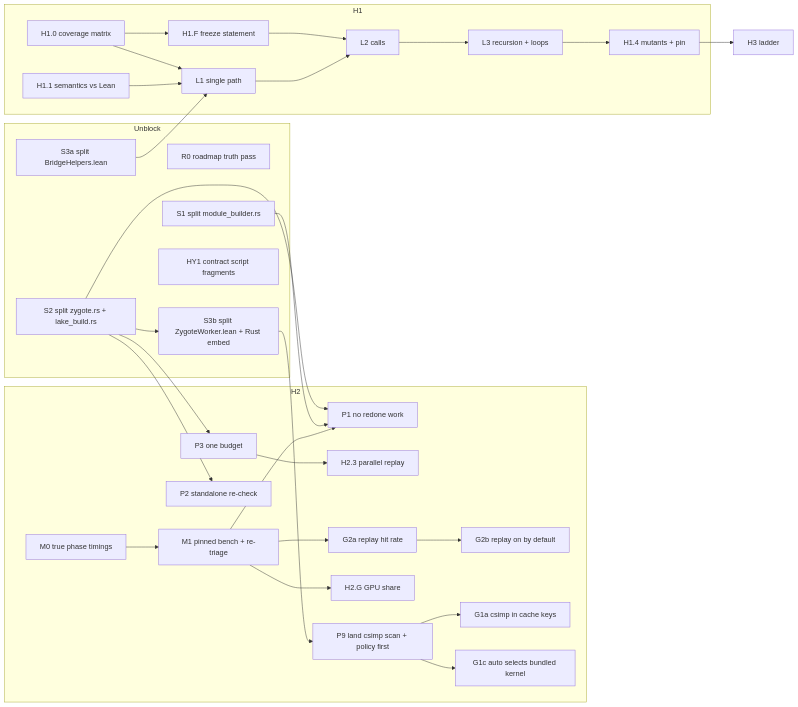
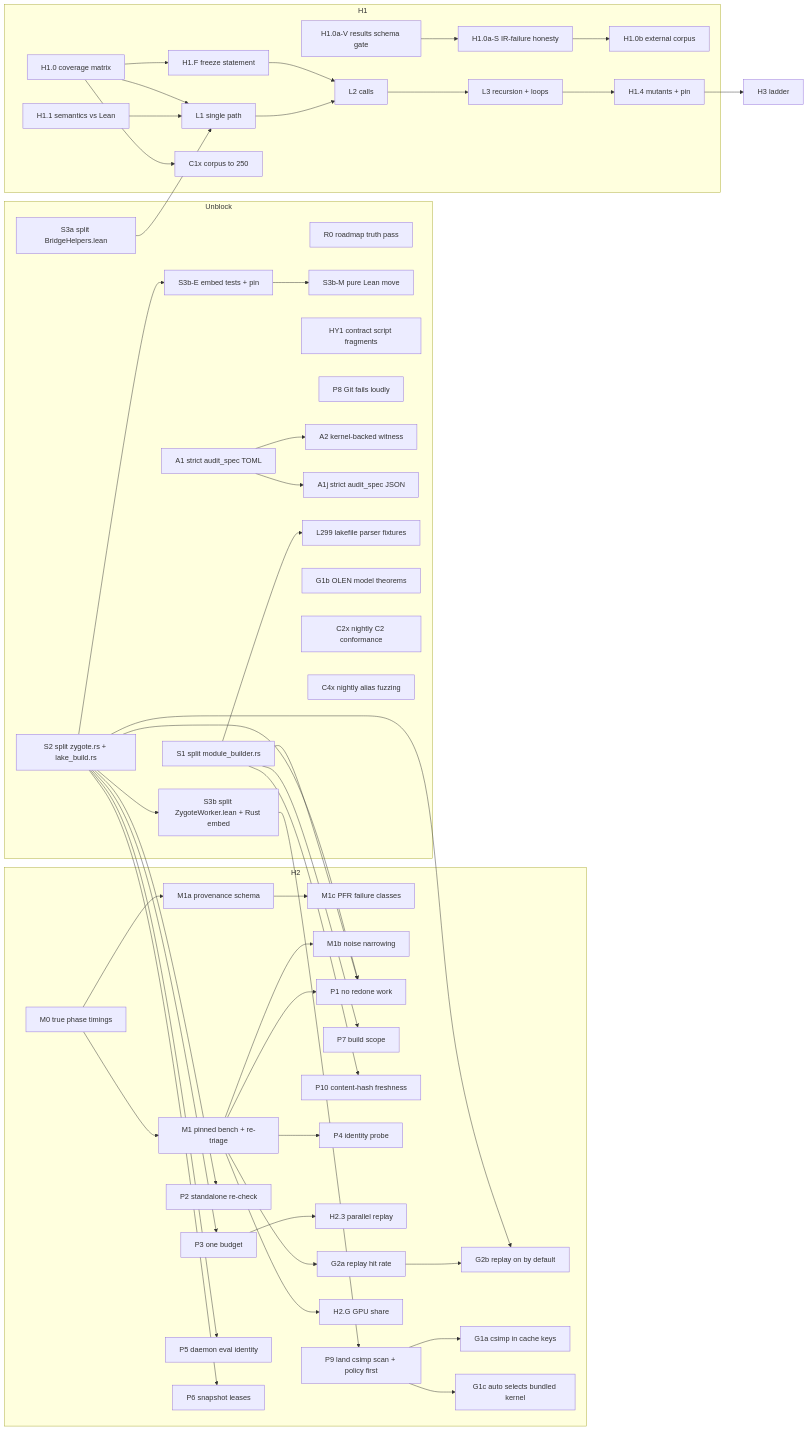
Before and after one commit to Th0rgal/turbo-lean: the diagram in roadmap/HORIZONS.md, drawn with Mermaid. The commit also changed other lines of this file, not shown here.

First line of the commit message:
docs(roadmap): R0d reconcile work graph with table (mark S3a/HY1 done, encode unresolved parent splits)

````diff
--- a/roadmap/HORIZONS.md
+++ b/roadmap/HORIZONS.md
@@ -99,37 +99,62 @@
 ```mermaid
 flowchart LR
   subgraph Unblock
     R0[R0 roadmap truth pass]
     S1[S1 split module_builder.rs]
     S2[S2 split zygote.rs + lake_build.rs]
     S3a[S3a split BridgeHelpers.lean]
     S3b[S3b split ZygoteWorker.lean + Rust embed]
+    S3bE[S3b-E embed tests + pin]
+    S3bM[S3b-M pure Lean move]
     HY1[HY1 contract script fragments]
+    P8[P8 Git fails loudly]
+    A1[A1 strict audit_spec TOML]
+    A1 --> A2[A2 kernel-backed witness]
+    A1 --> A1j[A1j strict audit_spec JSON]
+    S1 --> L299[L299 lakefile parser fixtures]
+    G1b[G1b OLEN model theorems]
+    C2x[C2x nightly C2 conformance]
+    C4x[C4x nightly alias fuzzing]
   end
   subgraph H2
     M0[M0 true phase timings] --> M1[M1 pinned bench + re-triage]
+    M0 --> M1a[M1a provenance schema]
+    M1a --> M1c[M1c PFR failure classes]
+    M1 --> M1b[M1b noise narrowing]
     M1 --> P1[P1 no redone work]
     S1 --> P1
     S2 --> P1
     S2 --> P2[P2 standalone re-check]
     S2 --> P3[P3 one budget]
+    S2 --> P5[P5 daemon eval identity]
+    S2 --> P6[P6 snapshot leases]
+    S1 --> P7[P7 build scope]
+    S1 --> P10[P10 content-hash freshness]
+    M1 --> P4[P4 identity probe]
     P3 --> H23[H2.3 parallel replay]
     M1 --> G2a[G2a replay hit rate] --> G2b[G2b replay on by default]
+    S2 --> G2b
     M1 --> H2G[H2.G GPU share]
     P9[P9 land csimp scan + policy first] --> G1a[G1a csimp in cache keys]
     P9 --> G1c[G1c auto selects bundled kernel]
   end
   subgraph H1
-    H10[H1.0 coverage matrix] --> HF[H1.F freeze statement]
+    H10[H1.0 coverage matrix]
+    H10aV[H1.0a-V results schema gate] --> H10aS[H1.0a-S IR-failure honesty]
+    H10aS --> H10b[H1.0b external corpus]
+    H10 --> HF[H1.F freeze statement]
     H11[H1.1 semantics vs Lean] --> L1[L1 single path]
     S3a --> L1
     H10 --> L1
+    H10 --> C1x[C1x corpus to 250]
     L1 --> L2[L2 calls]
     HF --> L2
     L2 --> L3[L3 recursion + loops]
     L3 --> H14[H1.4 mutants + pin]
   end
   H14 --> H3[H3 ladder]
   S2 --> S3b
+  S2 --> S3bE
+  S3bE --> S3bM
   S3b --> P9
 ```
````
